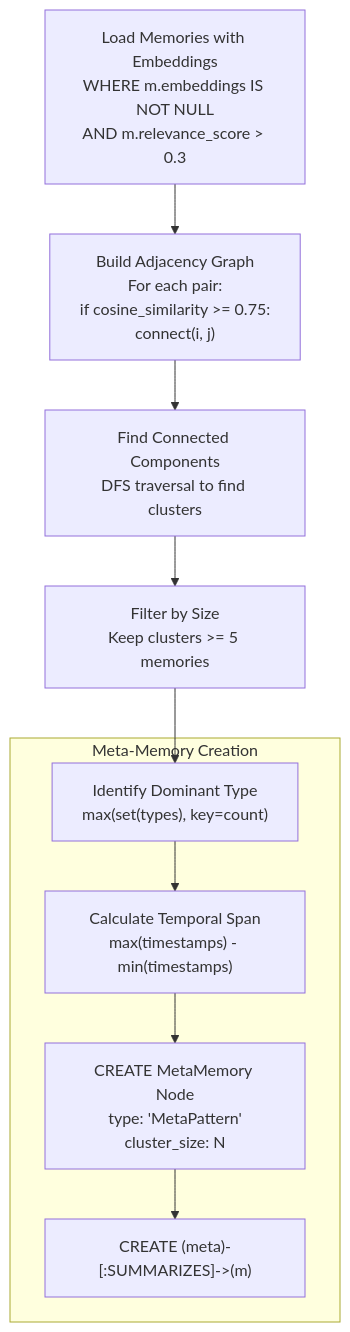
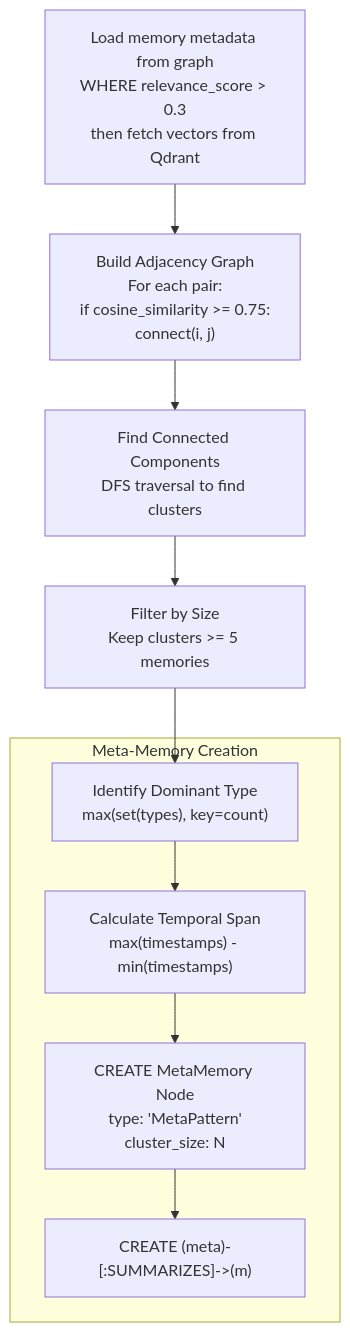
Before and after one commit to verygoodplugins/automem-website: the fourth of 5 diagrams in src/content/docs/docs/core-concepts/consolidation.md, drawn with Mermaid. The commit also changed other lines of this file and 21 other files, not shown here.

````diff
--- a/src/content/docs/docs/core-concepts/consolidation.md
+++ b/src/content/docs/docs/core-concepts/consolidation.md
@@ -245,25 +247,25 @@
 ```mermaid
 graph TB
-    Load["Load Memories with Embeddings<br/>WHERE m.embeddings IS NOT NULL<br/>AND m.relevance_score > 0.3"]
+    Load["Load memory metadata from graph<br/>WHERE relevance_score > 0.3<br/>then fetch vectors from Qdrant"]
 
     Build["Build Adjacency Graph<br/>For each pair:<br/>if cosine_similarity >= 0.75:<br/>  connect(i, j)"]
 
     DFS["Find Connected Components<br/>DFS traversal to find clusters"]
 
     Filter["Filter by Size<br/>Keep clusters >= 5 memories"]
 
     subgraph "Meta-Memory Creation"
         Theme["Identify Dominant Type<br/>max(set(types), key=count)"]
         Span["Calculate Temporal Span<br/>max(timestamps) - min(timestamps)"]
         Create["CREATE MetaMemory Node<br/>type: 'MetaPattern'<br/>cluster_size: N"]
         Link["CREATE (meta)-[:SUMMARIZES]->(m)"]
     end
 
     Load --> Build
     Build --> DFS
     DFS --> Filter
     Filter --> Theme
     Theme --> Span
     Span --> Create
     Create --> Link
 ```
````
